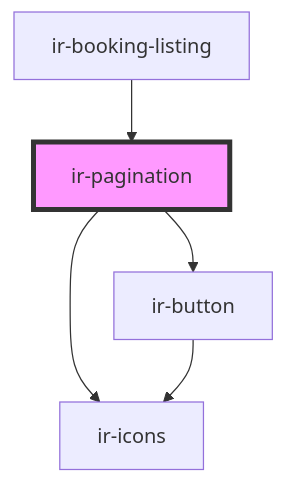
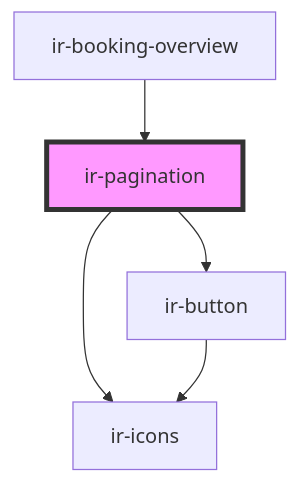
Before and after one commit to RonyRizk/ir-be: the diagram in src/components/ir-booking-engine/ir-booking-listing/ir-pagination/readme.md, drawn with Mermaid. The commit also changed other lines of this file and 89 other files, not shown here.

````diff
--- a/src/components/ir-booking-engine/ir-booking-listing/ir-pagination/readme.md
+++ b/src/components/ir-booking-engine/ir-booking-listing/ir-pagination/readme.md
@@ -36,8 +36,8 @@
 ```mermaid
 graph TD;
   ir-pagination --> ir-button
   ir-pagination --> ir-icons
   ir-button --> ir-icons
-  ir-booking-listing --> ir-pagination
+  ir-booking-overview --> ir-pagination
   style ir-pagination fill:#f9f,stroke:#333,stroke-width:4px
 ```
````
